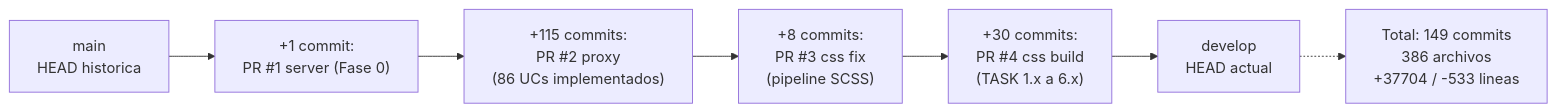
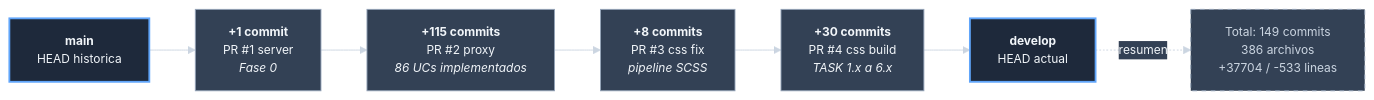
Before and after one commit to jcg-admin/template-ecommerce-ui: the third of 3 diagrams in docs/pm/iniciativas/analizar-ramas-pendientes-de-integracion/analisis-delta-develop-a-main.md, drawn with Mermaid. The commit also changed other lines of this file and 16 other files, not shown here.

First line of the commit message:
Apply dark Mermaid theme to 19 diagrams

````diff
--- a/docs/pm/iniciativas/analizar-ramas-pendientes-de-integracion/analisis-delta-develop-a-main.md
+++ b/docs/pm/iniciativas/analizar-ramas-pendientes-de-integracion/analisis-delta-develop-a-main.md
@@ -165,18 +185,36 @@
 ```mermaid
+%%{init: {'theme':'base', 'themeVariables': {
+  'background': '#0f172a',
+  'primaryColor': '#1e293b',
+  'primaryTextColor': '#f1f5f9',
+  'primaryBorderColor': '#94a3b8',
+  'lineColor': '#cbd5e1',
+  'secondaryColor': '#334155',
+  'tertiaryColor': '#1e3a8a',
+  'fontSize': '13px'
+}}}%%
 flowchart LR
-    m["main<br/>HEAD historica"]
-    pr1["+1 commit:<br/>PR #1 server (Fase 0)"]
-    pr2["+115 commits:<br/>PR #2 proxy<br/>(86 UCs implementados)"]
-    pr3["+8 commits:<br/>PR #3 css fix<br/>(pipeline SCSS)"]
-    pr4["+30 commits:<br/>PR #4 css build<br/>(TASK 1.x a 6.x)"]
-    d["develop<br/>HEAD actual"]
+    rama_main_head_historica["<b>main</b><br/>HEAD historica"]
+    pr_uno_server_fase_cero["<b>+1 commit</b><br/>PR #1 server<br/><i>Fase 0</i>"]
+    pr_dos_proxy_ucs["<b>+115 commits</b><br/>PR #2 proxy<br/><i>86 UCs implementados</i>"]
+    pr_tres_css_fix_pipeline["<b>+8 commits</b><br/>PR #3 css fix<br/><i>pipeline SCSS</i>"]
+    pr_cuatro_css_build_tasks["<b>+30 commits</b><br/>PR #4 css build<br/><i>TASK 1.x a 6.x</i>"]
+    rama_develop_head_actual["<b>develop</b><br/>HEAD actual"]
+    resumen_delta_totales["Total: 149 commits<br/>386 archivos<br/>+37704 / -533 lineas"]
 
-    m --> pr1
-    pr1 --> pr2
-    pr2 --> pr3
-    pr3 --> pr4
-    pr4 --> d
+    rama_main_head_historica --> pr_uno_server_fase_cero
+    pr_uno_server_fase_cero --> pr_dos_proxy_ucs
+    pr_dos_proxy_ucs --> pr_tres_css_fix_pipeline
+    pr_tres_css_fix_pipeline --> pr_cuatro_css_build_tasks
+    pr_cuatro_css_build_tasks --> rama_develop_head_actual
+    rama_develop_head_actual -. "resumen" .-> resumen_delta_totales
 
-    note["Total: 149 commits<br/>386 archivos<br/>+37704 / -533 lineas"]
-    d -.-> note
+    classDef primaryNode fill:#1e293b,stroke:#60a5fa,stroke-width:2px,color:#f1f5f9
+    classDef secondaryNode fill:#334155,stroke:#94a3b8,stroke-width:1px,color:#f1f5f9
+    classDef doneNode fill:#14532d,stroke:#4ade80,stroke-width:2px,color:#f0fdf4
+    classDef externalNode fill:#334155,stroke:#94a3b8,stroke-width:1px,color:#cbd5e1,stroke-dasharray: 5 5
+
+    class rama_main_head_historica,rama_develop_head_actual primaryNode
+    class pr_uno_server_fase_cero,pr_dos_proxy_ucs,pr_tres_css_fix_pipeline,pr_cuatro_css_build_tasks secondaryNode
+    class resumen_delta_totales externalNode
 ```
````
